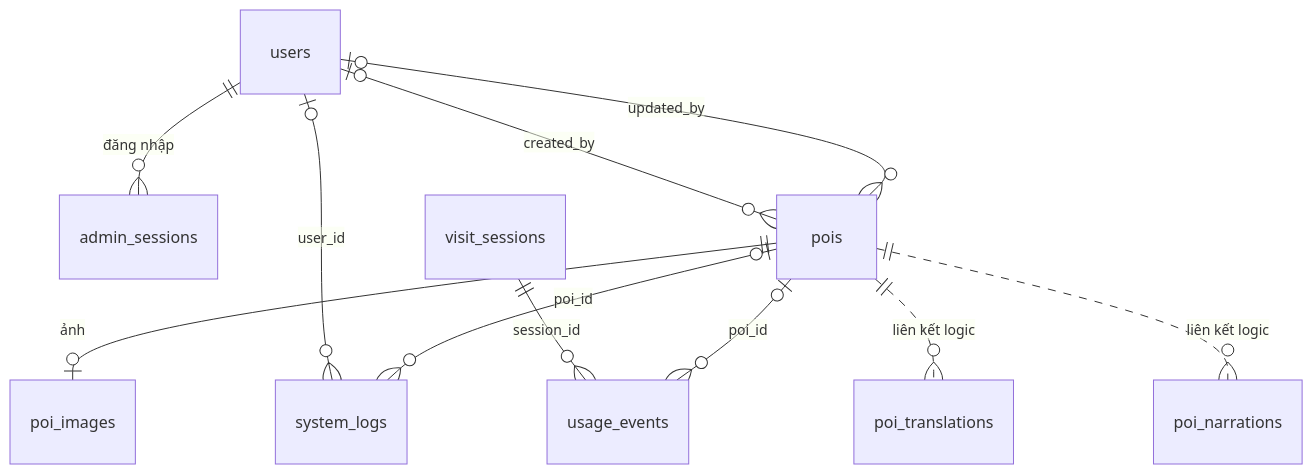
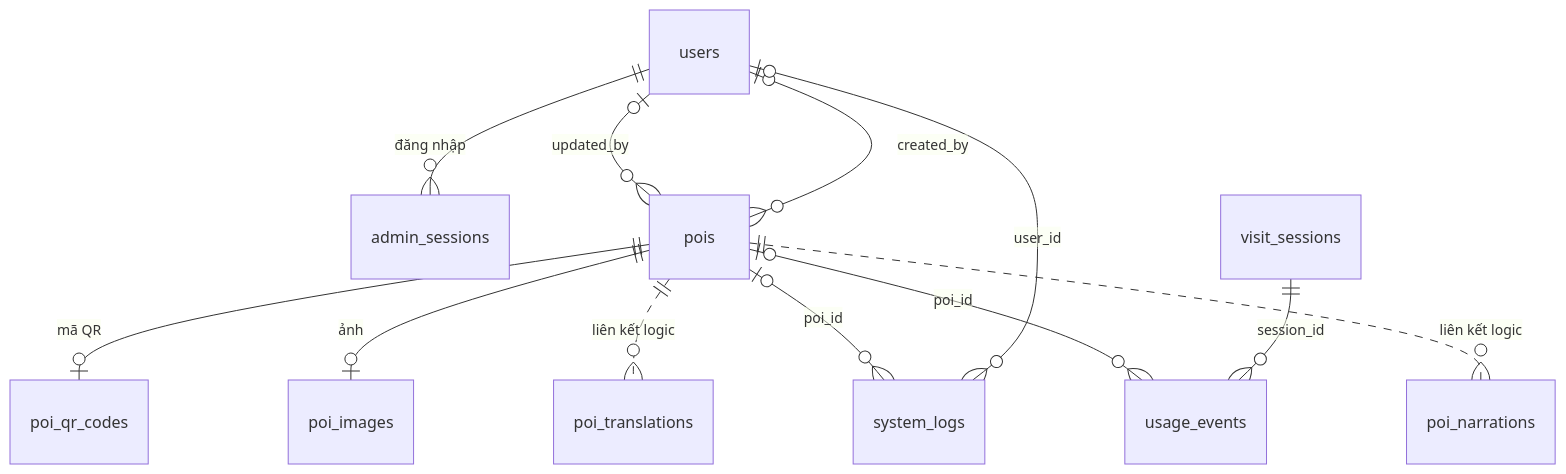
Before and after one commit to Dihoccode1/Vinlook: the diagram in docs/erd.md, drawn with Mermaid. The commit also changed other lines of this file and 92 other files, not shown here.

````diff
--- a/docs/erd.md
+++ b/docs/erd.md
@@ -21,13 +21,14 @@
 ```mermaid
 erDiagram
     users ||--o{ admin_sessions : "đăng nhập"
     users o|--o{ pois : "created_by"
     users o|--o{ pois : "updated_by"
     users o|--o{ system_logs : "user_id"
+    pois ||--o| poi_qr_codes : "mã QR"
     pois ||--o| poi_images : "ảnh"
     pois o|--o{ system_logs : "poi_id"
     visit_sessions ||--o{ usage_events : "session_id"
     pois o|--o{ usage_events : "poi_id"
     pois ||..o{ poi_translations : "liên kết logic"
     pois ||..o{ poi_narrations : "liên kết logic"
 ```
````
